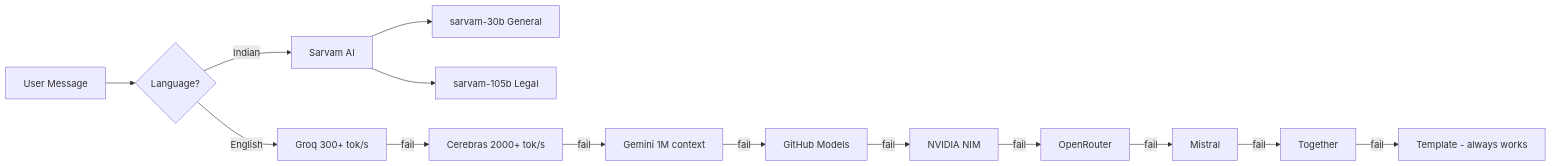
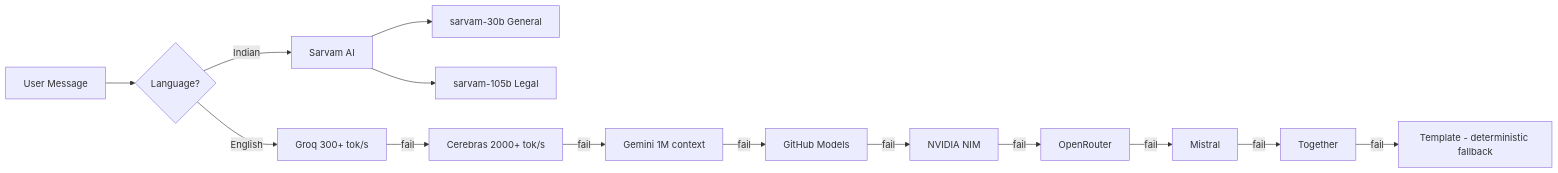
The third of 9 diagrams in docs/Architecture.md (safevixai/safevixai), drawn with Mermaid before and after one commit. The commit also changed other lines of this file and 110 other files, not shown here.

Commit message:
chore: e2e hardening, fix consent bypass, signup flow & responsive tests

````diff
--- a/docs/Architecture.md
+++ b/docs/Architecture.md
@@ -107,16 +243,16 @@
 ```mermaid
 flowchart LR
     A[User Message] --> B{Language?}
     B -->|Indian| S[Sarvam AI]
     S --> S1[sarvam-30b General]
     S --> S2[sarvam-105b Legal]
     B -->|English| C[Groq 300+ tok/s]
     C -->|fail| D[Cerebras 2000+ tok/s]
     D -->|fail| E[Gemini 1M context]
     E -->|fail| F[GitHub Models]
     F -->|fail| G[NVIDIA NIM]
     G -->|fail| H[OpenRouter]
     H -->|fail| I[Mistral]
     I -->|fail| J[Together]
-    J -->|fail| K[Template - always works]
+    J -->|fail| K[Template - deterministic fallback]
 ```
````
